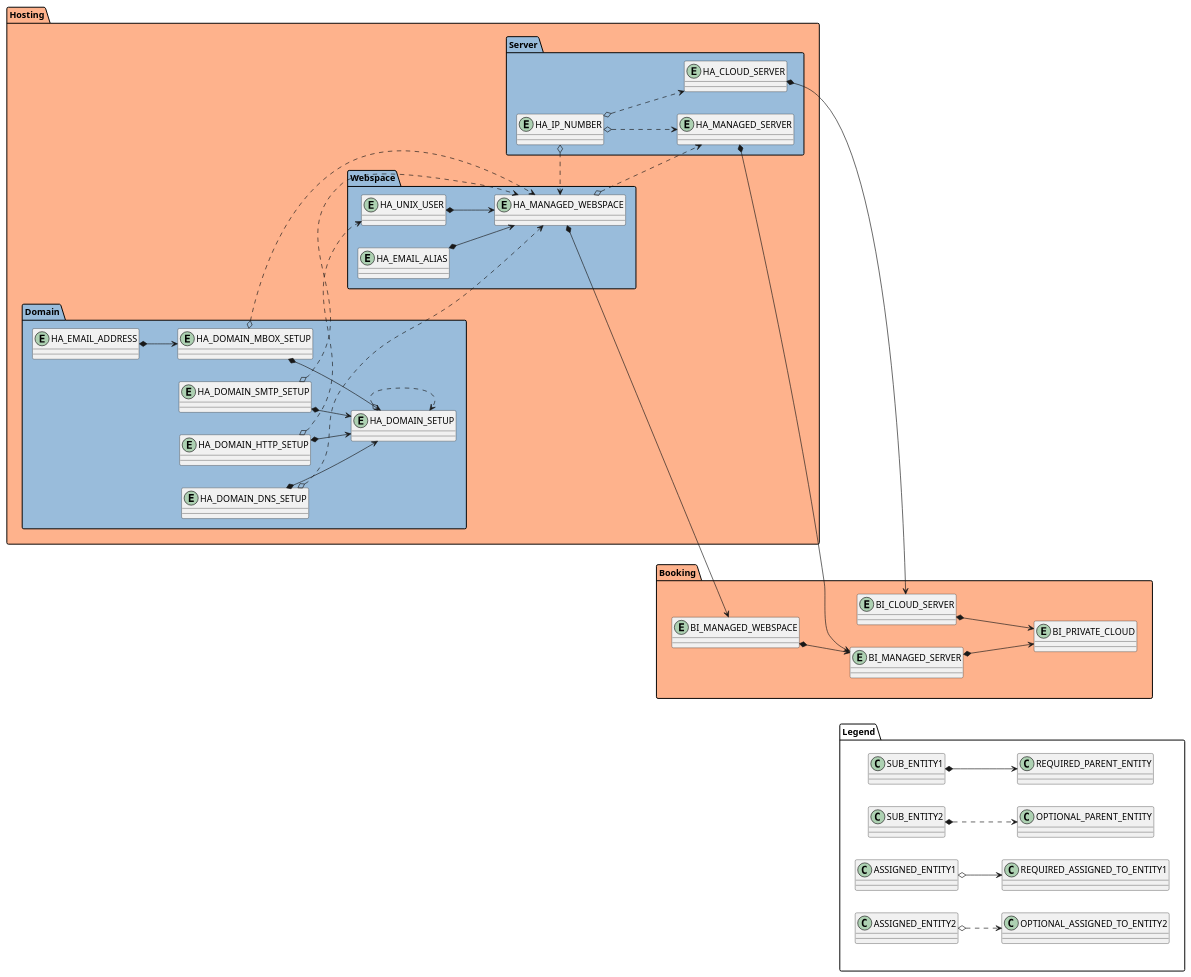
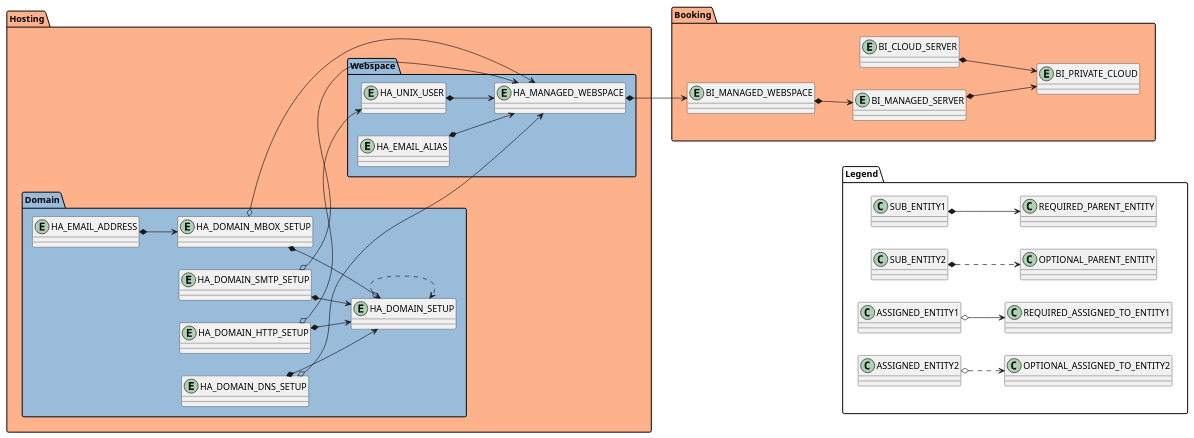
Before and after one commit to mhoennig/hs.hsadmin.ng: the second of 4 diagrams in doc/hs-hosting-asset-type-structure.md, drawn with PlantUML. The commit also changed other lines of this file and 17 other files, not shown here.

````diff
--- a/doc/hs-hosting-asset-type-structure.md
+++ b/doc/hs-hosting-asset-type-structure.md
@@ -6,67 +61,55 @@
 ```plantuml
 @startuml
 left to right direction
 
 package Booking #feb28c {
     entity BI_PRIVATE_CLOUD
     entity BI_CLOUD_SERVER
     entity BI_MANAGED_SERVER
     entity BI_MANAGED_WEBSPACE
 }
 
 package Hosting #feb28c{
     package Domain #99bcdb {
         entity HA_DOMAIN_SETUP
         entity HA_DOMAIN_DNS_SETUP
         entity HA_DOMAIN_HTTP_SETUP
         entity HA_DOMAIN_SMTP_SETUP
         entity HA_DOMAIN_MBOX_SETUP
         entity HA_EMAIL_ADDRESS
     }
 
-    package Server #99bcdb {
-        entity HA_CLOUD_SERVER
-        entity HA_MANAGED_SERVER
-        entity HA_IP_NUMBER
-    }
-
     package Webspace #99bcdb {
         entity HA_MANAGED_WEBSPACE
         entity HA_UNIX_USER
         entity HA_EMAIL_ALIAS
     }
 
 }
 
 BI_CLOUD_SERVER *--> BI_PRIVATE_CLOUD
 BI_MANAGED_SERVER *--> BI_PRIVATE_CLOUD
 BI_MANAGED_WEBSPACE *--> BI_MANAGED_SERVER
 
-HA_CLOUD_SERVER *==> BI_CLOUD_SERVER
-HA_MANAGED_SERVER *==> BI_MANAGED_SERVER
 HA_MANAGED_WEBSPACE *==> BI_MANAGED_WEBSPACE
-HA_MANAGED_WEBSPACE o..> HA_MANAGED_SERVER
 HA_UNIX_USER *==> HA_MANAGED_WEBSPACE
 HA_EMAIL_ALIAS *==> HA_MANAGED_WEBSPACE
 HA_DOMAIN_SETUP o..> HA_DOMAIN_SETUP
 HA_DOMAIN_DNS_SETUP *==> HA_DOMAIN_SETUP
-HA_DOMAIN_DNS_SETUP o..> HA_MANAGED_WEBSPACE
+HA_DOMAIN_DNS_SETUP o--> HA_MANAGED_WEBSPACE
 HA_DOMAIN_HTTP_SETUP *==> HA_DOMAIN_SETUP
-HA_DOMAIN_HTTP_SETUP o..> HA_UNIX_USER
+HA_DOMAIN_HTTP_SETUP o--> HA_UNIX_USER
 HA_DOMAIN_SMTP_SETUP *==> HA_DOMAIN_SETUP
-HA_DOMAIN_SMTP_SETUP o..> HA_MANAGED_WEBSPACE
+HA_DOMAIN_SMTP_SETUP o--> HA_MANAGED_WEBSPACE
 HA_DOMAIN_MBOX_SETUP *==> HA_DOMAIN_SETUP
-HA_DOMAIN_MBOX_SETUP o..> HA_MANAGED_WEBSPACE
+HA_DOMAIN_MBOX_SETUP o--> HA_MANAGED_WEBSPACE
 HA_EMAIL_ADDRESS *==> HA_DOMAIN_MBOX_SETUP
-HA_IP_NUMBER o..> HA_CLOUD_SERVER
-HA_IP_NUMBER o..> HA_MANAGED_SERVER
-HA_IP_NUMBER o..> HA_MANAGED_WEBSPACE
 
 package Legend #white {
     SUB_ENTITY1 *--> REQUIRED_PARENT_ENTITY
     SUB_ENTITY2 *..> OPTIONAL_PARENT_ENTITY
     ASSIGNED_ENTITY1 o--> REQUIRED_ASSIGNED_TO_ENTITY1
     ASSIGNED_ENTITY2 o..> OPTIONAL_ASSIGNED_TO_ENTITY2
 }
 Booking -down[hidden]->Legend
 ```
````
